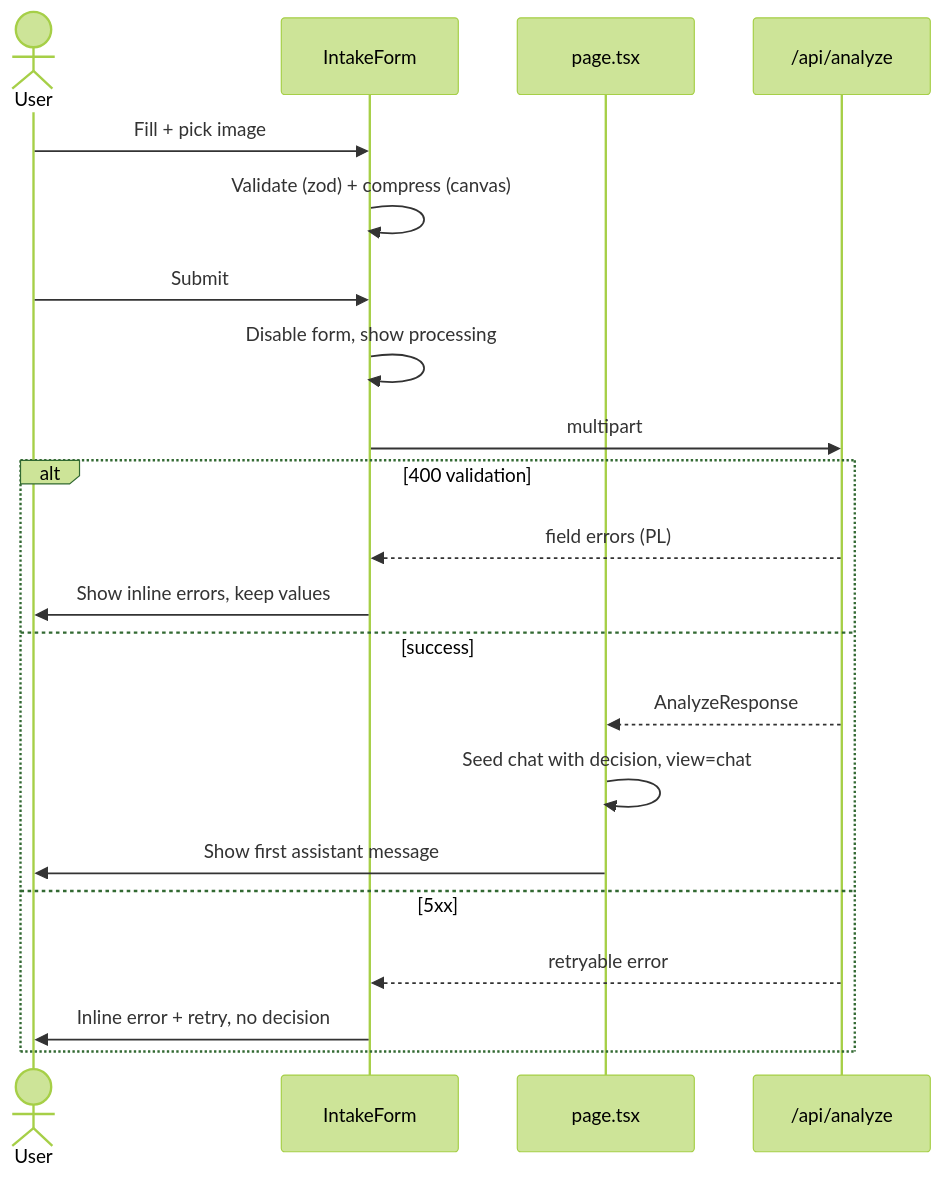
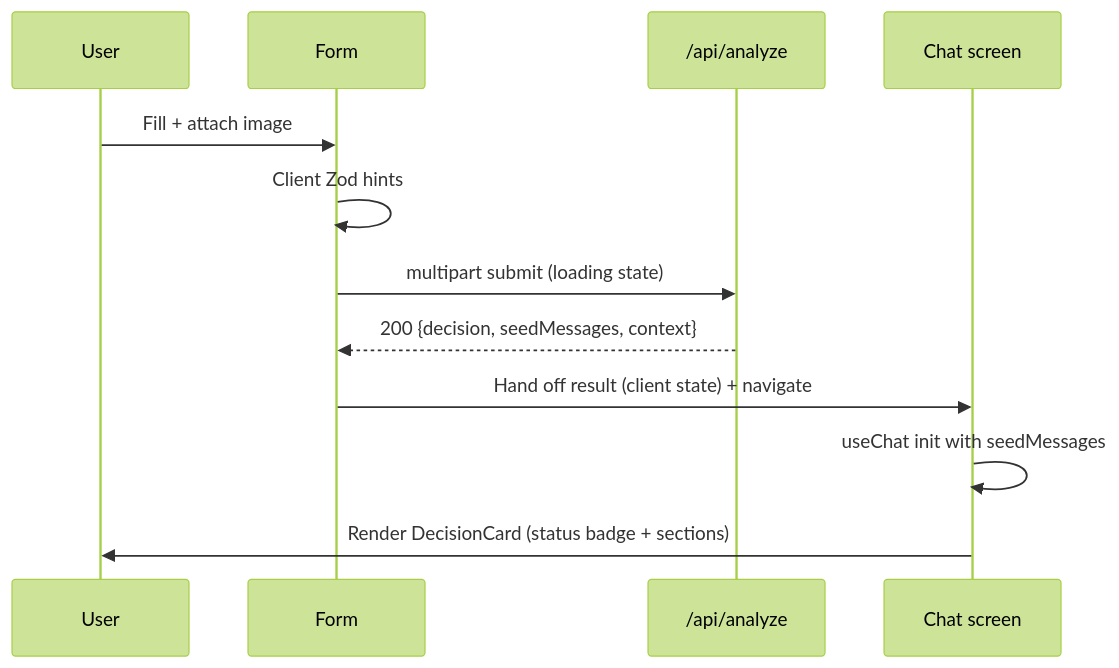
Before and after one commit to w-lowczecki/AI-Programming-Course-JSystem-15-06-2026: the second of 3 diagrams in docs/ADR/001-frontend.md, drawn with Mermaid (forest theme). The commit also changed other lines of this file and 10 other files, not shown here.

````diff
--- a/docs/ADR/001-frontend.md
+++ b/docs/ADR/001-frontend.md
@@ -135,23 +187,14 @@
 ```mermaid
 sequenceDiagram
-    actor U as User
-    participant F as IntakeForm
-    participant P as page.tsx
+    participant U as User
+    participant F as Form
     participant API as /api/analyze
-    U->>F: Fill + pick image
-    F->>F: Validate (zod) + compress (canvas)
-    U->>F: Submit
-    F->>F: Disable form, show processing
-    F->>API: multipart
-    alt 400 validation
-        API-->>F: field errors (PL)
-        F->>U: Show inline errors, keep values
-    else success
-        API-->>P: AnalyzeResponse
-        P->>P: Seed chat with decision, view=chat
-        P->>U: Show first assistant message
-    else 5xx
-        API-->>F: retryable error
-        F->>U: Inline error + retry, no decision
-    end
+    participant C as Chat screen
+    U->>F: Fill + attach image
+    F->>F: Client Zod hints
+    F->>API: multipart submit (loading state)
+    API-->>F: 200 {decision, seedMessages, context}
+    F->>C: Hand off result (client state) + navigate
+    C->>C: useChat init with seedMessages
+    C->>U: Render DecisionCard (status badge + sections)
 ```
````
